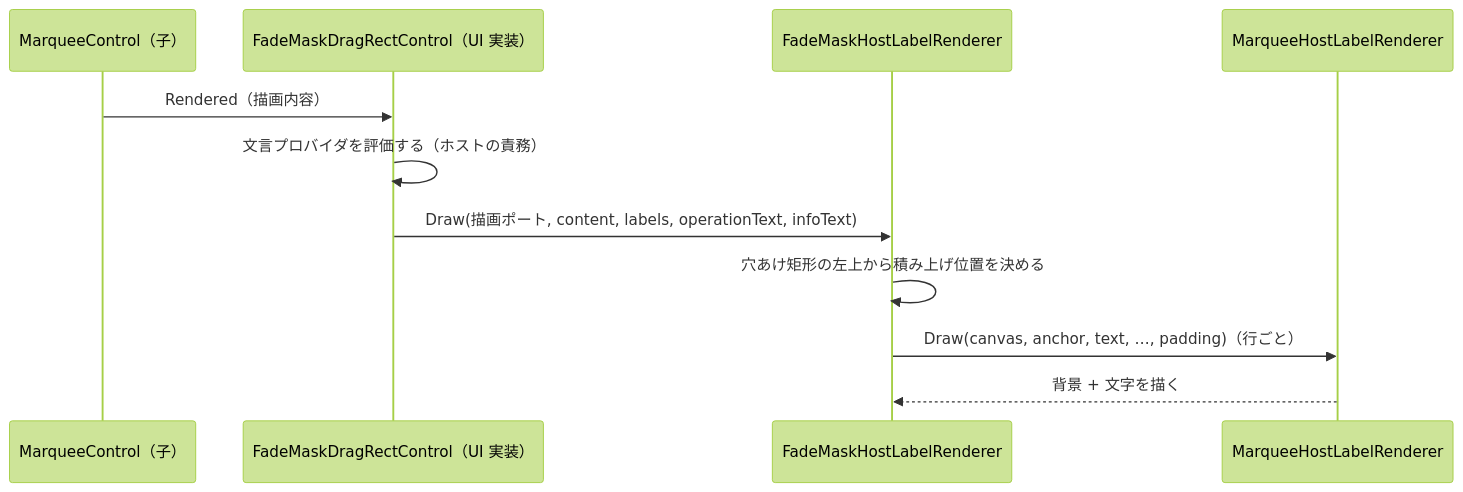
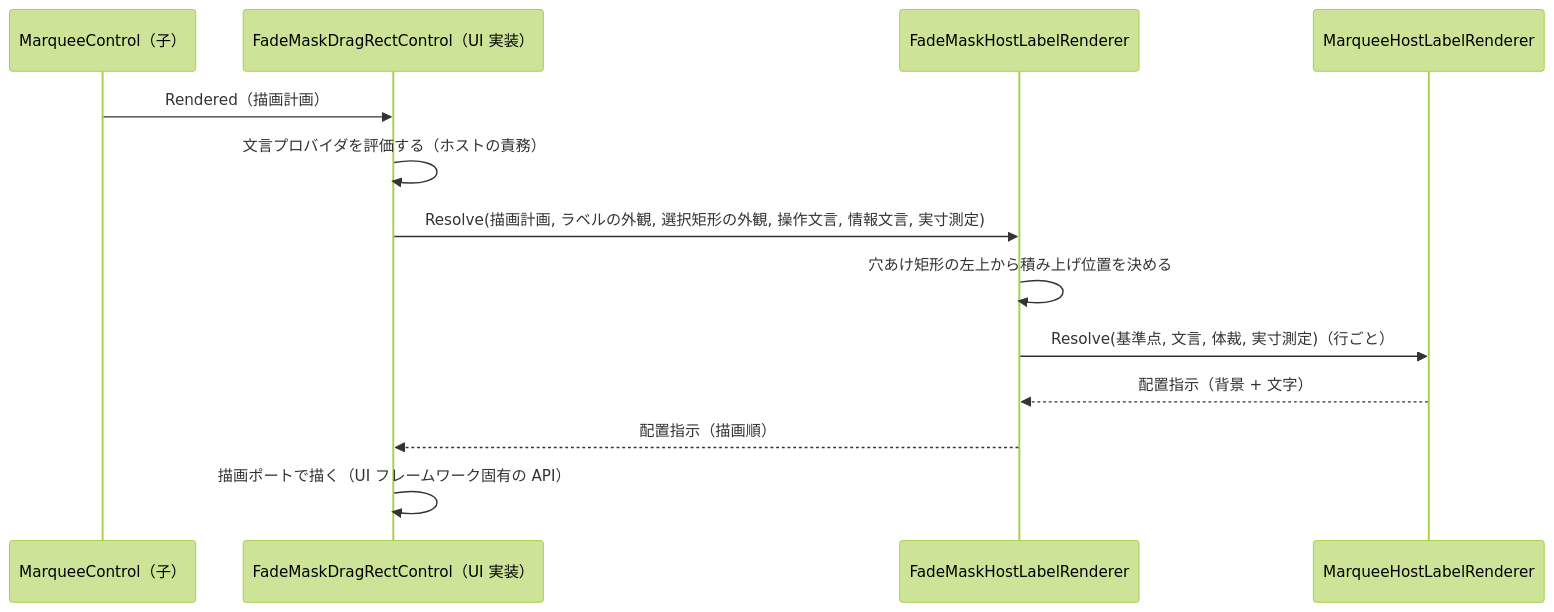
One commit to tomokuni/SaveEvidence changed the fourth of 5 diagrams in src/FadeMaskDragRectControl.UIBase/SPEC_System.md. Above: the diagram before and after it, drawn with Mermaid (forest theme). The commit also changed other lines of this file and 83 other files, not shown here.

````diff
--- a/src/FadeMaskDragRectControl.UIBase/SPEC_System.md
+++ b/src/FadeMaskDragRectControl.UIBase/SPEC_System.md
@@ -102,14 +105,16 @@
 ```mermaid
 sequenceDiagram
   participant MC as MarqueeControl（子）
   participant UI as FadeMaskDragRectControl（UI 実装）
   participant UB as FadeMaskHostLabelRenderer
   participant MH as MarqueeHostLabelRenderer
 
-  MC->>UI: Rendered（描画内容）
+  MC->>UI: Rendered（描画計画）
   UI->>UI: 文言プロバイダを評価する（ホストの責務）
-  UI->>UB: Draw(描画ポート, content, labels, operationText, infoText)
+  UI->>UB: Resolve(描画計画, ラベルの外観, 選択矩形の外観, 操作文言, 情報文言, 実寸測定)
   UB->>UB: 穴あけ矩形の左上から積み上げ位置を決める
-  UB->>MH: Draw(canvas, anchor, text, …, padding)（行ごと）
-  MH-->>UB: 背景 + 文字を描く
+  UB->>MH: Resolve(基準点, 文言, 体裁, 実寸測定)（行ごと）
+  MH-->>UB: 配置指示（背景 + 文字）
+  UB-->>UI: 配置指示（描画順）
+  UI->>UI: 描画ポートで描く（UI フレームワーク固有の API）
 ```
````
